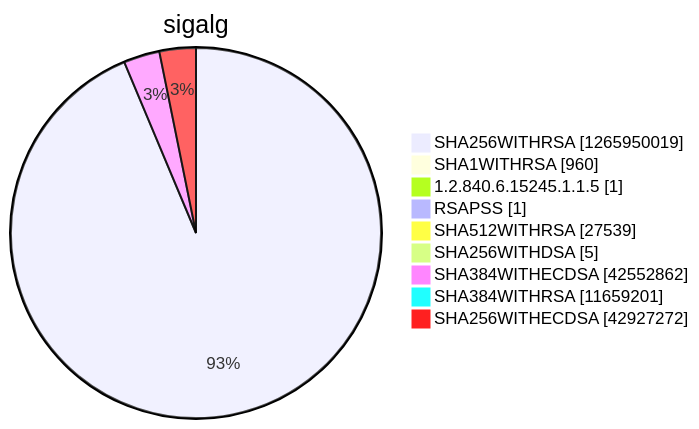
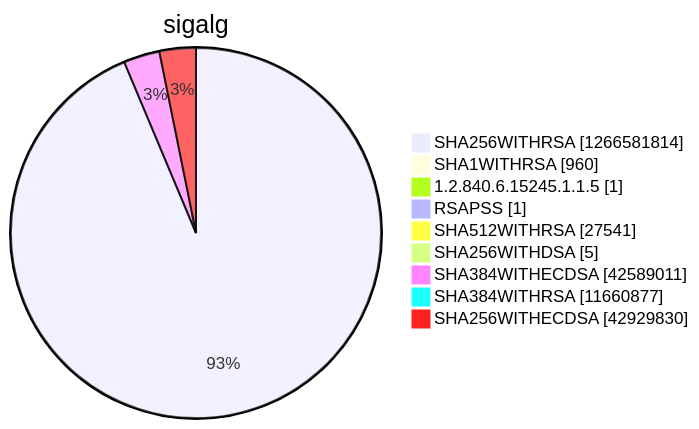
Diagram 15 of 15 in argon2022/README.md (christiankrug/ctmonitor_visualization), drawn with Mermaid before and after one commit. The commit also changed other lines of this file, not shown here.

````diff
--- a/argon2022/README.md
+++ b/argon2022/README.md
@@ -5522,13 +5522,13 @@
 ```mermaid
 pie showData
 title sigalg
-"SHA256WITHRSA" :1265950019
+"SHA256WITHRSA" :1266581814
 "SHA1WITHRSA" :960
 "1.2.840.6.15245.1.1.5" :1
 "RSAPSS" :1
-"SHA512WITHRSA" :27539
+"SHA512WITHRSA" :27541
 "SHA256WITHDSA" :5
-"SHA384WITHECDSA" :42552862
-"SHA384WITHRSA" :11659201
-"SHA256WITHECDSA" :42927272
+"SHA384WITHECDSA" :42589011
+"SHA384WITHRSA" :11660877
+"SHA256WITHECDSA" :42929830
 ```
````
